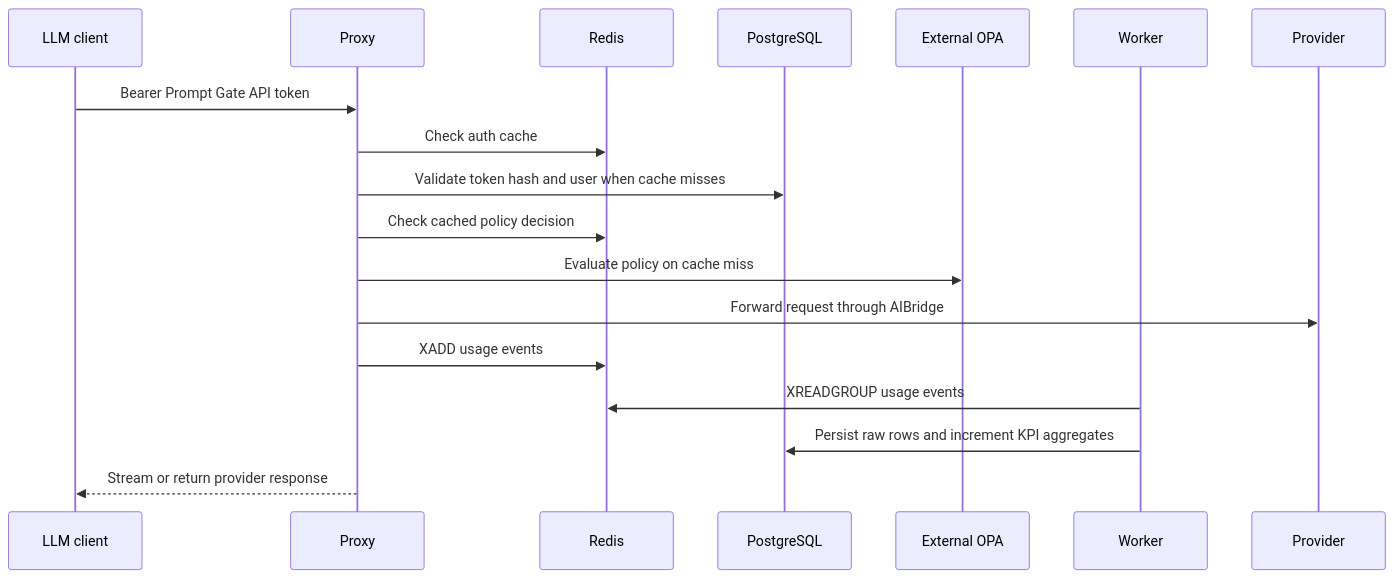
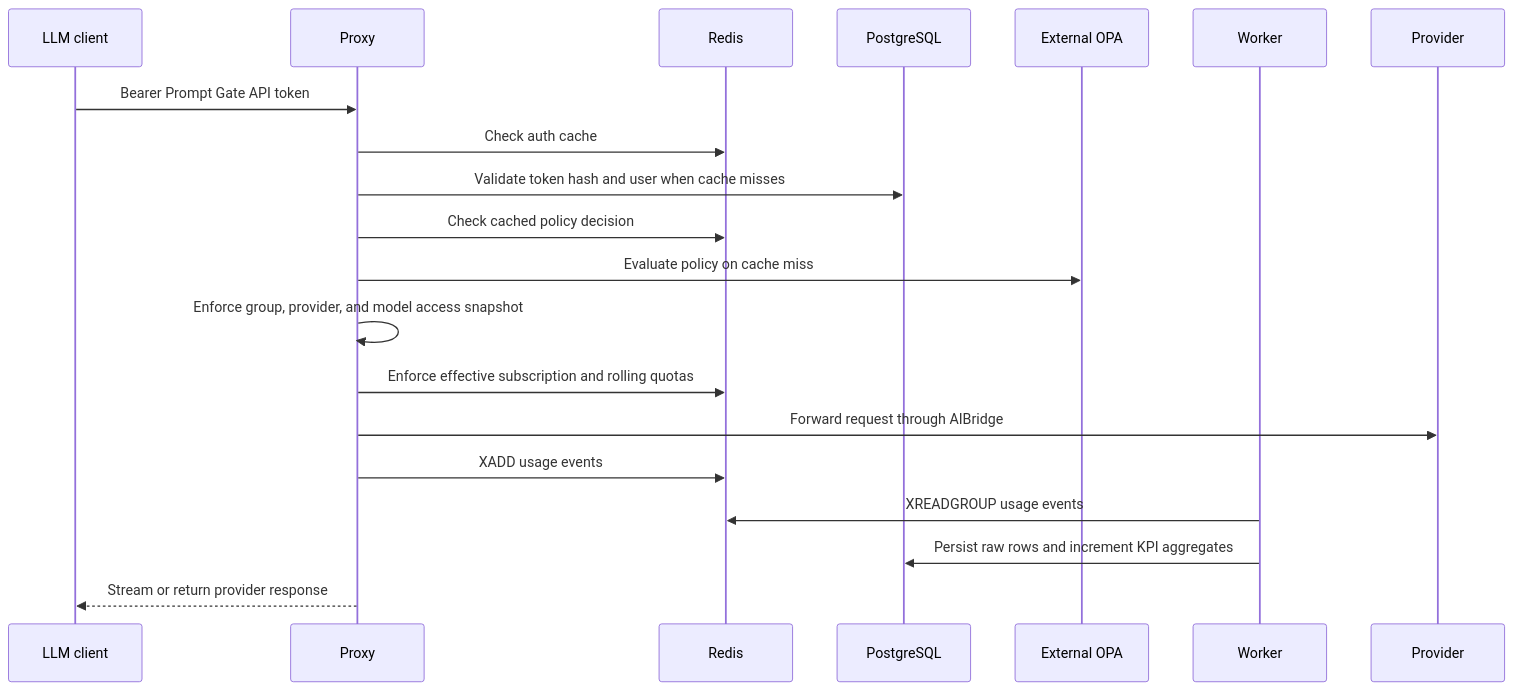
Before and after one commit to thomas-illiet/prompt-gate: the third of 4 diagrams in docs/architecture.md, drawn with Mermaid. The commit also changed other lines of this file and 28 other files, not shown here.

````diff
--- a/docs/architecture.md
+++ b/docs/architecture.md
@@ -105,21 +112,23 @@
 ```mermaid
 sequenceDiagram
     participant C as LLM client
     participant P as Proxy
     participant R as Redis
     participant D as PostgreSQL
     participant O as External OPA
     participant W as Worker
     participant U as Provider
 
     C->>P: Bearer Prompt Gate API token
     P->>R: Check auth cache
     P->>D: Validate token hash and user when cache misses
     P->>R: Check cached policy decision
     P->>O: Evaluate policy on cache miss
+    P->>P: Enforce group, provider, and model access snapshot
+    P->>R: Enforce effective subscription and rolling quotas
     P->>U: Forward request through AIBridge
     P->>R: XADD usage events
     W->>R: XREADGROUP usage events
     W->>D: Persist raw rows and increment KPI aggregates
     P-->>C: Stream or return provider response
 ```
````
